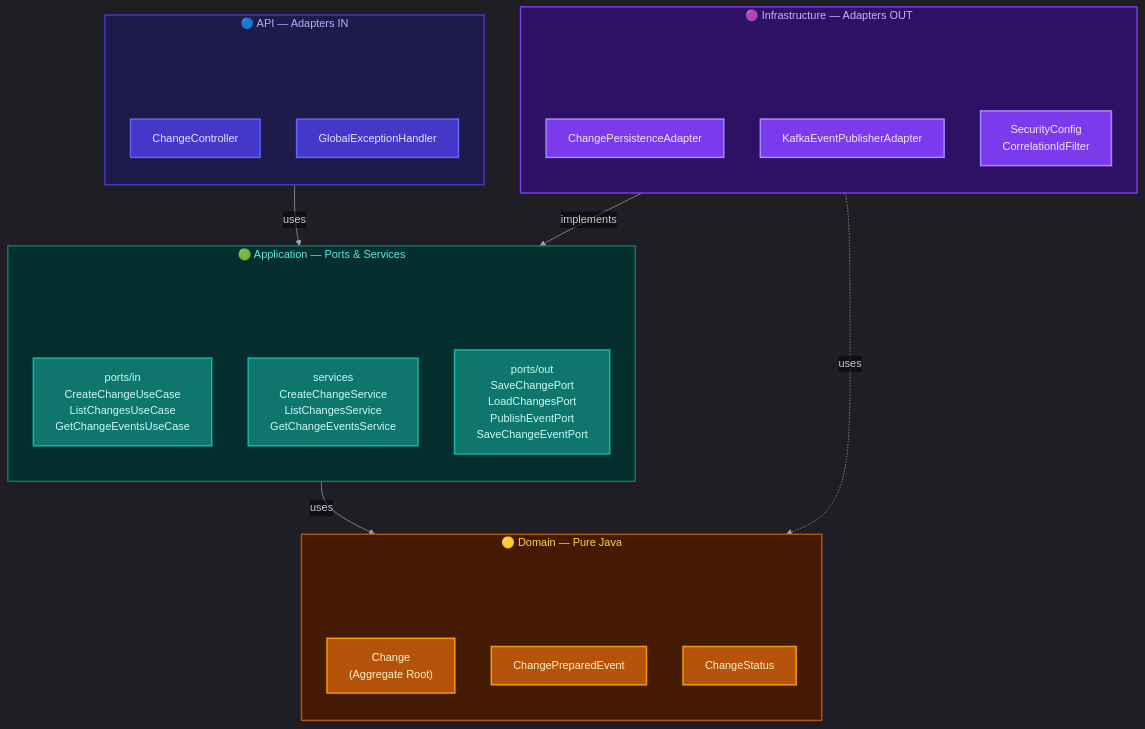
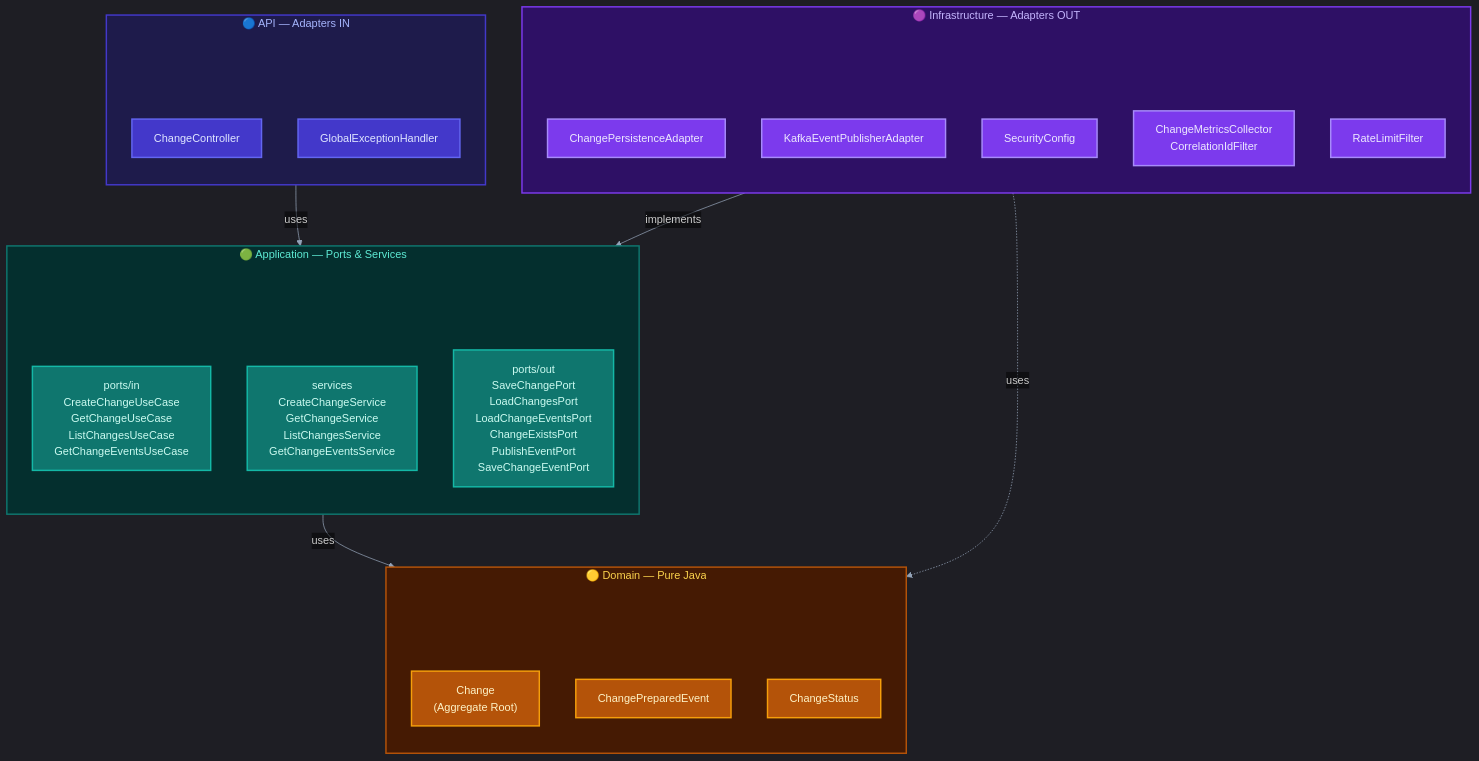
One commit to claudecirmiranda/changeops changed the second of 10 diagrams in docs/PROJETO_COMPLETO.md. Above: the diagram before and after it, drawn with Mermaid. The commit also changed other lines of this file and 5 other files, not shown here.

````diff
--- a/docs/PROJETO_COMPLETO.md
+++ b/docs/PROJETO_COMPLETO.md
@@ -145,64 +146,66 @@
 ```mermaid
 %%{init: {'theme':'dark', 'themeVariables':{'fontSize':'15px','lineColor':'#94A3B8','edgeLabelBackground':'transparent'}}}%%
 flowchart TB
     subgraph API["🔵 API — Adapters IN"]
         direction TB
         api_sp[ ]:::hidden
         api_sp ~~~ CTRL
         api_sp ~~~ EXC
         CTRL["ChangeController"]
         EXC["GlobalExceptionHandler"]
     end
     subgraph APP["🟢 Application — Ports & Services"]
         direction TB
         app_sp[ ]:::hidden
         app_sp ~~~ UC_IN
         app_sp ~~~ SVC
         app_sp ~~~ UC_OUT
-        UC_IN["ports/in<br/>CreateChangeUseCase<br/>ListChangesUseCase<br/>GetChangeEventsUseCase"]
-        SVC["services<br/>CreateChangeService<br/>ListChangesService<br/>GetChangeEventsService"]
-        UC_OUT["ports/out<br/>SaveChangePort<br/>LoadChangesPort<br/>PublishEventPort<br/>SaveChangeEventPort"]
+        UC_IN["ports/in<br/>CreateChangeUseCase<br/>GetChangeUseCase<br/>ListChangesUseCase<br/>GetChangeEventsUseCase"]
+        SVC["services<br/>CreateChangeService<br/>GetChangeService<br/>ListChangesService<br/>GetChangeEventsService"]
+        UC_OUT["ports/out<br/>SaveChangePort<br/>LoadChangesPort<br/>LoadChangeEventsPort<br/>ChangeExistsPort<br/>PublishEventPort<br/>SaveChangeEventPort"]
     end
     subgraph DOM["🟡 Domain — Pure Java"]
         direction TB
         dom_sp[ ]:::hidden
         dom_sp ~~~ AGG
         dom_sp ~~~ EVT
         dom_sp ~~~ VO
         AGG["Change<br/>(Aggregate Root)"]
         EVT["ChangePreparedEvent"]
         VO["ChangeStatus"]
     end
     subgraph INFRA["🟣 Infrastructure — Adapters OUT"]
         direction TB
         infra_sp[ ]:::hidden
         infra_sp ~~~ JPA
         infra_sp ~~~ KAFKA
         infra_sp ~~~ SEC
         JPA["ChangePersistenceAdapter"]
         KAFKA["KafkaEventPublisherAdapter"]
-        SEC["SecurityConfig<br/>CorrelationIdFilter"]
+        OBS["ChangeMetricsCollector<br/>CorrelationIdFilter"]
+        RL["RateLimitFilter"]
+        SEC["SecurityConfig"]
     end
 
     API -->|uses| APP
     APP -->|uses| DOM
     INFRA -->|implements| APP
     INFRA -.->|uses| DOM
 
     classDef api fill:#4338CA,stroke:#6366F1,color:#E0E7FF,stroke-width:2px
     classDef app fill:#0F766E,stroke:#14B8A6,color:#CCFBF1,stroke-width:2px
     classDef domain fill:#B45309,stroke:#F59E0B,color:#FEF3C7,stroke-width:2px
     classDef infra fill:#7C3AED,stroke:#A78BFA,color:#EDE9FE,stroke-width:2px
     classDef hidden fill:transparent,stroke:none,color:transparent,stroke-width:0px
 
     class CTRL,EXC api
     class UC_IN,SVC,UC_OUT app
     class AGG,EVT,VO domain
-    class JPA,KAFKA,SEC infra
+    class JPA,KAFKA,OBS,RL,SEC infra
     class api_sp,app_sp,dom_sp,infra_sp hidden
 
     style API fill:#1E1B4B,stroke:#4338CA,stroke-width:2px,color:#A5B4FC
     style APP fill:#042F2E,stroke:#0F766E,stroke-width:2px,color:#5EEAD4
     style DOM fill:#451A03,stroke:#B45309,stroke-width:2px,color:#FCD34D
     style INFRA fill:#2E1065,stroke:#7C3AED,stroke-width:2px,color:#C4B5FD
 ```
````
